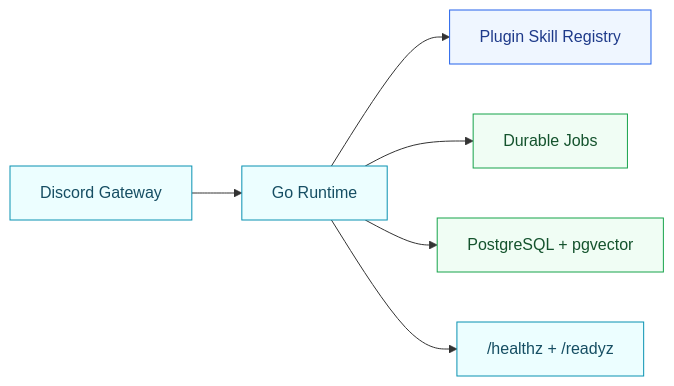
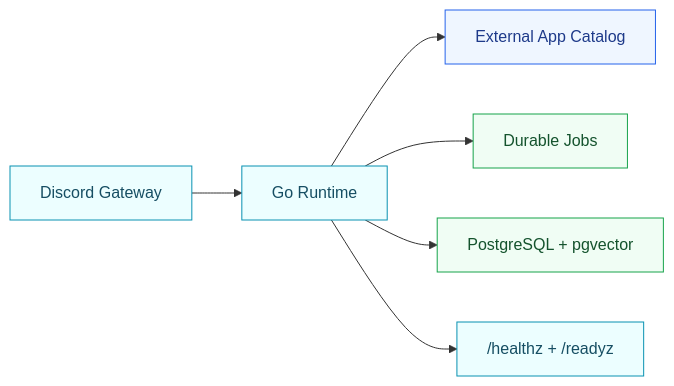
The diagram in README.md (gOps132/GigiDC), drawn with Mermaid before and after one commit. The commit also changed other lines of this file and 14 other files, not shown here.

````diff
--- a/README.md
+++ b/README.md
@@ -25,14 +25,14 @@
 ```mermaid
 flowchart LR
     Discord["Discord Gateway"] --> App["Go Runtime"]
-    App --> Plugins["Plugin Skill Registry"]
+    App --> Plugins["External App Catalog"]
     App --> Jobs["Durable Jobs"]
     App --> DB["PostgreSQL + pgvector"]
     App --> Health["/healthz + /readyz"]
     classDef future fill:#eff6ff,stroke:#2563eb,color:#1e3a8a;
     classDef core fill:#ecfeff,stroke:#0891b2,color:#164e63;
     classDef state fill:#f0fdf4,stroke:#16a34a,color:#14532d;
     class Plugins future;
     class Discord,App,Health core;
     class Jobs,DB state;
 ```
````
